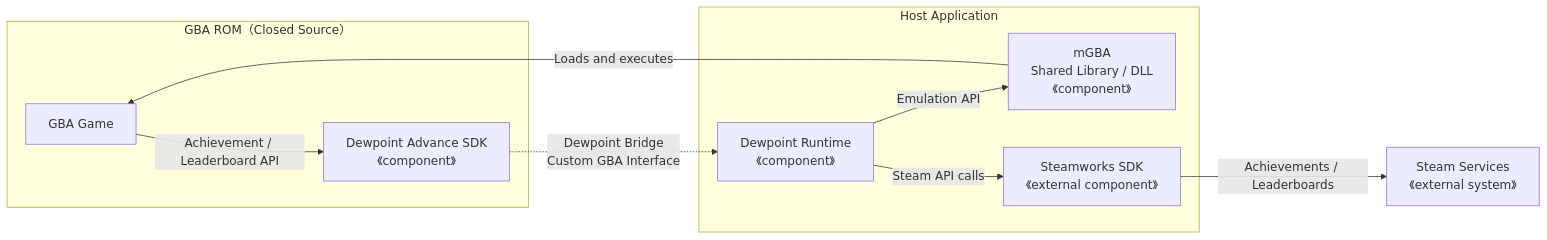
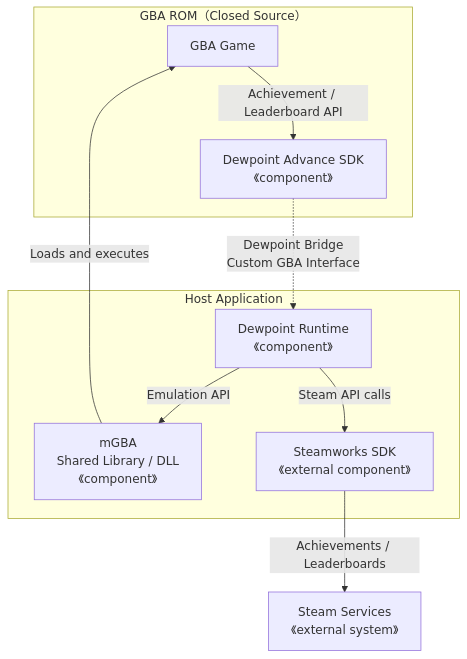
Before and after one commit to suzukiplan/dewpoint-advance: the diagram in README.md, drawn with Mermaid. The commit also changed other lines of this file and 6 other files, not shown here.

````diff
--- a/README.md
+++ b/README.md
@@ -11,24 +11,24 @@
 ```mermaid
-flowchart LR
+flowchart
     subgraph GBA["GBA ROM（Closed Source）"]
         GAME["GBA Game"]
         SDK["Dewpoint Advance SDK<br/>《component》"]
 
         GAME -->|"Achievement / Leaderboard API"| SDK
     end
 
     subgraph HOST["Host Application"]
         RUNTIME["Dewpoint Runtime<br/>《component》"]
         MGBA["mGBA<br/>Shared Library / DLL<br/>《component》"]
         STEAMWORKS["Steamworks SDK<br/>《external component》"]
 
         RUNTIME -->|"Emulation API"| MGBA
         RUNTIME -->|"Steam API calls"| STEAMWORKS
     end
 
     STEAM["Steam Services<br/>《external system》"]
 
     SDK -.->|"Dewpoint Bridge<br/>Custom GBA Interface"| RUNTIME
     MGBA -->|"Loads and executes"| GAME
     STEAMWORKS -->|"Achievements / Leaderboards"| STEAM
 ```
````
